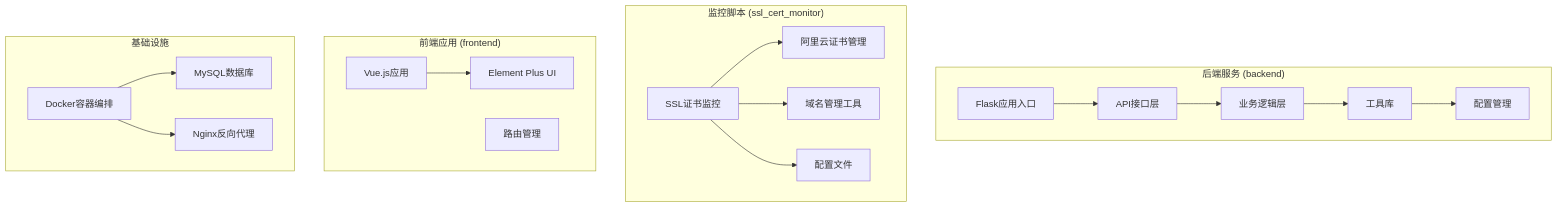
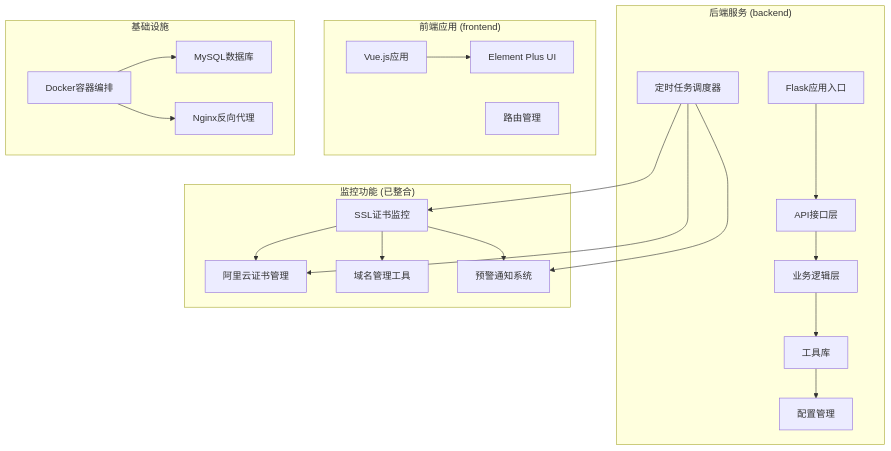
The first of 13 diagrams in .qoder/repowiki/zh/content/核心功能模块/SSL证书管理系统.md (ismine3/OPS), drawn with Mermaid before and after one commit. The commit also changed other lines of this file and 5 other files, not shown here.

````diff
--- a/.qoder/repowiki/zh/content/核心功能模块/SSL证书管理系统.md
+++ b/.qoder/repowiki/zh/content/核心功能模块/SSL证书管理系统.md
@@ -53,36 +52,40 @@
 ```mermaid
 graph TB
 subgraph "后端服务 (backend)"
 A[Flask应用入口]
 B[API接口层]
 C[业务逻辑层]
 D[工具库]
 E[配置管理]
+F[定时任务调度器]
 end
-subgraph "监控脚本 (ssl_cert_monitor)"
-F[SSL证书监控]
-G[阿里云证书管理]
-H[域名管理工具]
-I[配置文件]
+subgraph "监控功能 (已整合)"
+G[SSL证书监控]
+H[阿里云证书管理]
+I[域名管理工具]
+J[预警通知系统]
 end
 subgraph "前端应用 (frontend)"
-J[Vue.js应用]
-K[Element Plus UI]
-L[路由管理]
+K[Vue.js应用]
+L[Element Plus UI]
+M[路由管理]
 end
 subgraph "基础设施"
-M[Docker容器编排]
-N[MySQL数据库]
-O[Nginx反向代理]
+N[Docker容器编排]
+O[MySQL数据库]
+P[Nginx反向代理]
 end
 A --> B
 B --> C
 C --> D
 D --> E
+G --> H
+G --> I
+G --> J
 F --> G
 F --> H
-F --> I
-J --> K
-M --> N
-M --> O
+F --> J
+K --> L
+N --> O
+N --> P
 ```
````
